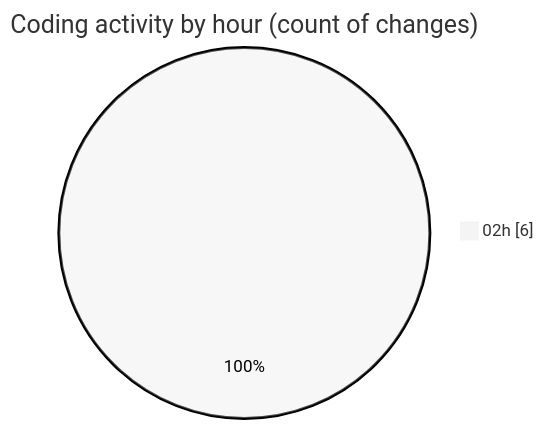
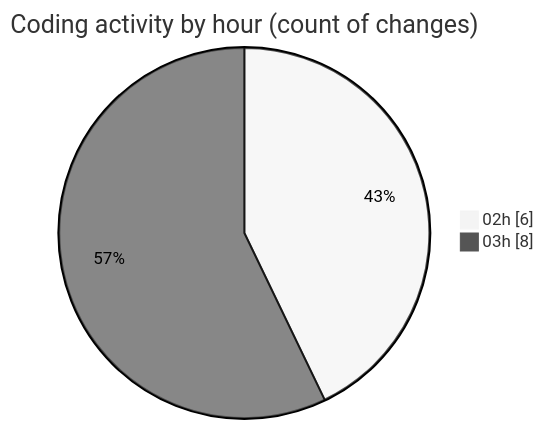
The second of 2 diagrams in 2025-07-03/cursor/README.md (FelipKnott/code-tracking), drawn with Mermaid (neutral theme) before and after one commit. The commit also changed other lines of this file and 1 other file, not shown here.

````diff
--- a/2025-07-03/cursor/README.md
+++ b/2025-07-03/cursor/README.md
@@ -28,5 +32,6 @@
 ```mermaid
 pie showData
 title Coding activity by hour (count of changes)
 "02h" : 6
+"03h" : 8
 ```
````
